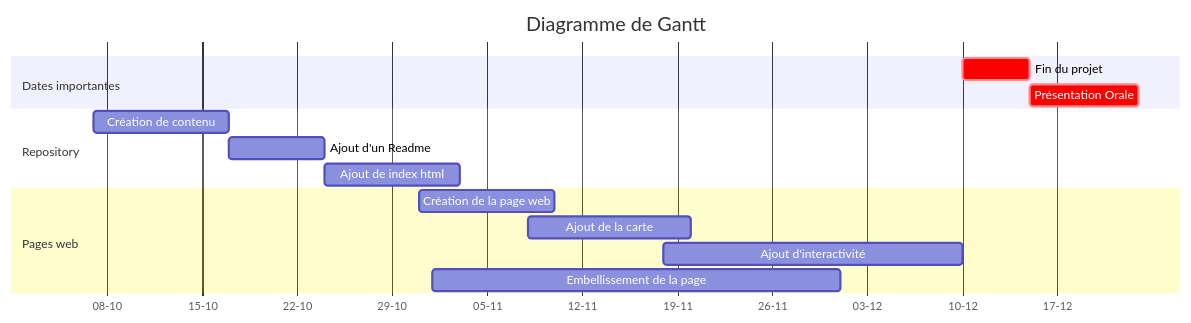
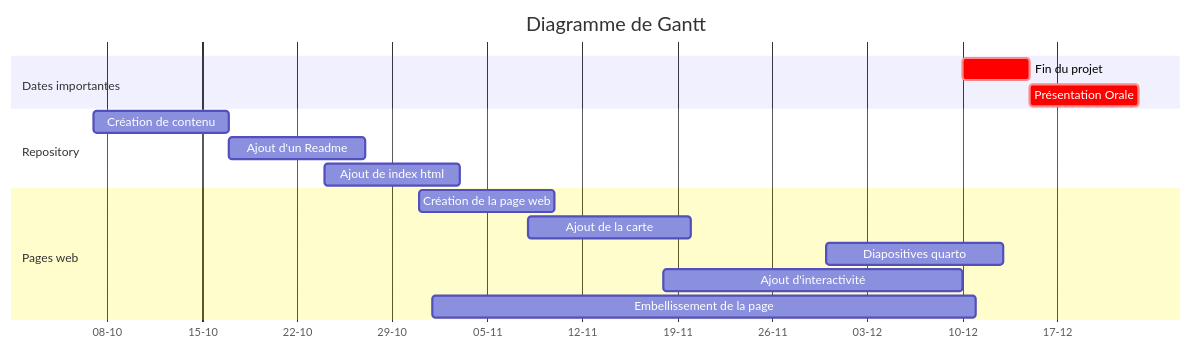
The diagram in README.md (RomeoBex/Projet_Groupe_Pollution_Air_Occitanie), drawn with Mermaid before and after one commit. The commit also changed other lines of this file, not shown here.

````diff
--- a/README.md
+++ b/README.md
@@ -65,25 +39,25 @@
 ```mermaid
-
 gantt
     title Exemple de Diagramme de Gantt
     dateFormat YYYY-MM-DD
     title Diagramme de Gantt 
     axisFormat %d-%m
 
     section Dates importantes
     Fin du projet :crit, 2023-12-10, 5d
     Présentation Orale :crit, 2023-12-15, 8d
 
 
     section Repository
     Création de contenu : a3, 2023-10-07, 10d
-    Ajout d'un Readme : a4, 2023-10-17, 7d
+    Ajout d'un Readme : a4, 2023-10-17, 10d
     Ajout de index html : a5, 2023-10-24, 10d
 
     section Pages web
     Création de la page web : a6, 2023-10-31, 10d
     Ajout de la carte : a7, 2023-11-08, 12d
+    Diapositives quarto : a9, 2023-11-30, 13d
     Ajout d'interactivité : a8, 2023-11-18, 22d
-    Embellissement de la page : a9, 2023-11-01, 30d
+    Embellissement de la page : a9, 2023-11-01, 40d
 
 ```
````
